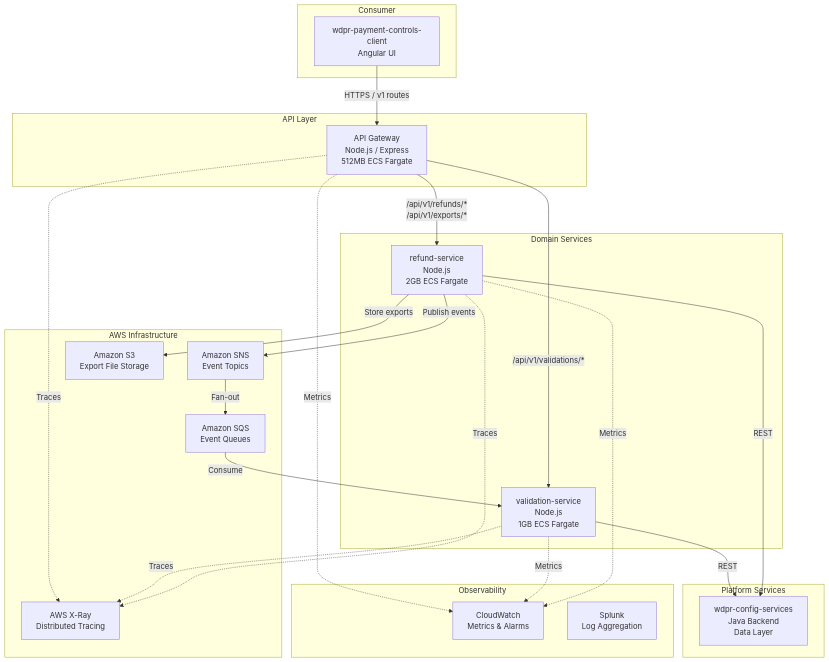
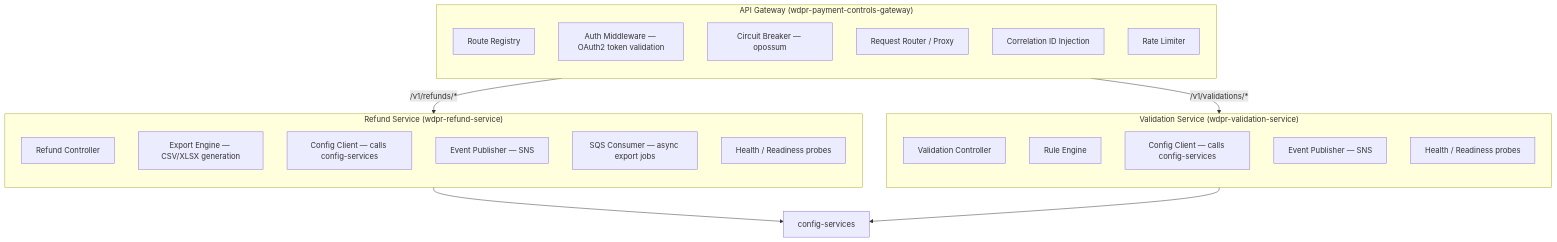
Before and after one commit to rsanchez-disney/steer-runtime: the third of 13 diagrams in tests/orchestration/architecture_spec_agent.md, drawn with Mermaid. The commit also changed other lines of this file and 5 other files, not shown here.

````diff
--- a/tests/orchestration/architecture_spec_agent.md
+++ b/tests/orchestration/architecture_spec_agent.md
@@ -38,47 +83,36 @@
 ```mermaid
 graph TB
-    subgraph "Consumer"
-        UI[wdpr-payment-controls-client<br/>Angular UI]
+    subgraph "API Gateway (wdpr-payment-controls-gateway)"
+        direction TB
+        A1[Route Registry]
+        A2[Auth Middleware — OAuth2 token validation]
+        A3[Circuit Breaker — opossum]
+        A4[Request Router / Proxy]
+        A5[Correlation ID Injection]
+        A6[Rate Limiter]
     end
 
-    subgraph "API Layer"
-        GW[API Gateway<br/>Node.js / Express<br/>512MB ECS Fargate]
+    subgraph "Validation Service (wdpr-validation-service)"
+        direction TB
+        V1[Validation Controller]
+        V2[Rule Engine]
+        V3[Config Client — calls config-services]
+        V4[Event Publisher — SNS]
+        V5[Health / Readiness probes]
     end
 
-    subgraph "Domain Services"
-        VS[validation-service<br/>Node.js<br/>1GB ECS Fargate]
-        RS[refund-service<br/>Node.js<br/>2GB ECS Fargate]
+    subgraph "Refund Service (wdpr-refund-service)"
+        direction TB
+        R1[Refund Controller]
+        R2[Export Engine — CSV/XLSX generation]
+        R3[Config Client — calls config-services]
+        R4[Event Publisher — SNS]
+        R5[SQS Consumer — async export jobs]
+        R6[Health / Readiness probes]
     end
 
-    subgraph "Platform Services"
-        CS[wdpr-config-services<br/>Java Backend<br/>Data Layer]
-    end
-
-    subgraph "AWS Infrastructure"
-        SNS[Amazon SNS<br/>Event Topics]
-        SQS[Amazon SQS<br/>Event Queues]
-        XRAY[AWS X-Ray<br/>Distributed Tracing]
-        S3[Amazon S3<br/>Export File Storage]
-    end
-
-    subgraph "Observability"
-        CW[CloudWatch<br/>Metrics & Alarms]
-        SPLUNK[Splunk<br/>Log Aggregation]
-    end
-
-    UI -->|HTTPS / v1 routes| GW
-    GW -->|/api/v1/validations/*| VS
-    GW -->|/api/v1/refunds/*<br/>/api/v1/exports/*| RS
-    VS -->|REST| CS
-    RS -->|REST| CS
-    RS -->|Store exports| S3
-    RS -->|Publish events| SNS
-    SNS -->|Fan-out| SQS
-    SQS -->|Consume| VS
-    GW -.->|Traces| XRAY
-    VS -.->|Traces| XRAY
-    RS -.->|Traces| XRAY
-    GW -.->|Metrics| CW
-    VS -.->|Metrics| CW
-    RS -.->|Metrics| CW
+    A4 -->|/v1/validations/*| V1
+    A4 -->|/v1/refunds/*| R1
+    V3 --> CS[config-services]
+    R3 --> CS
 ```
````
